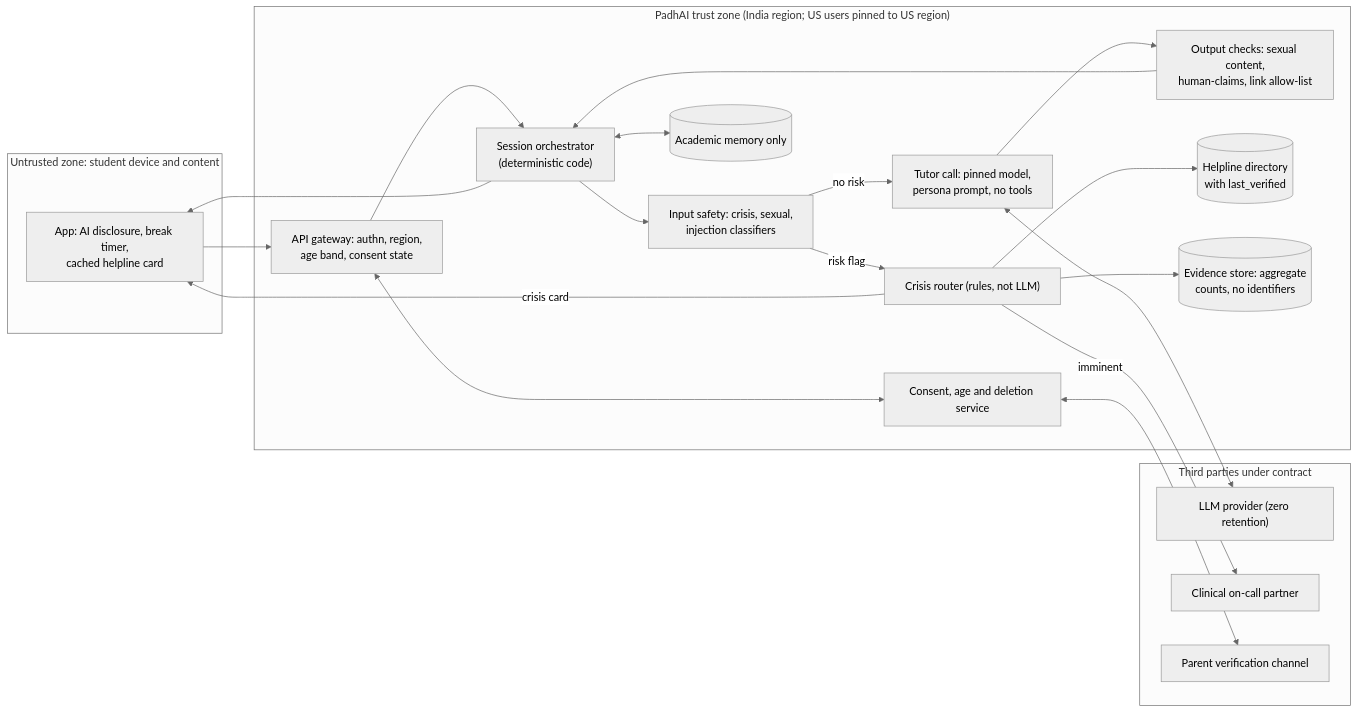
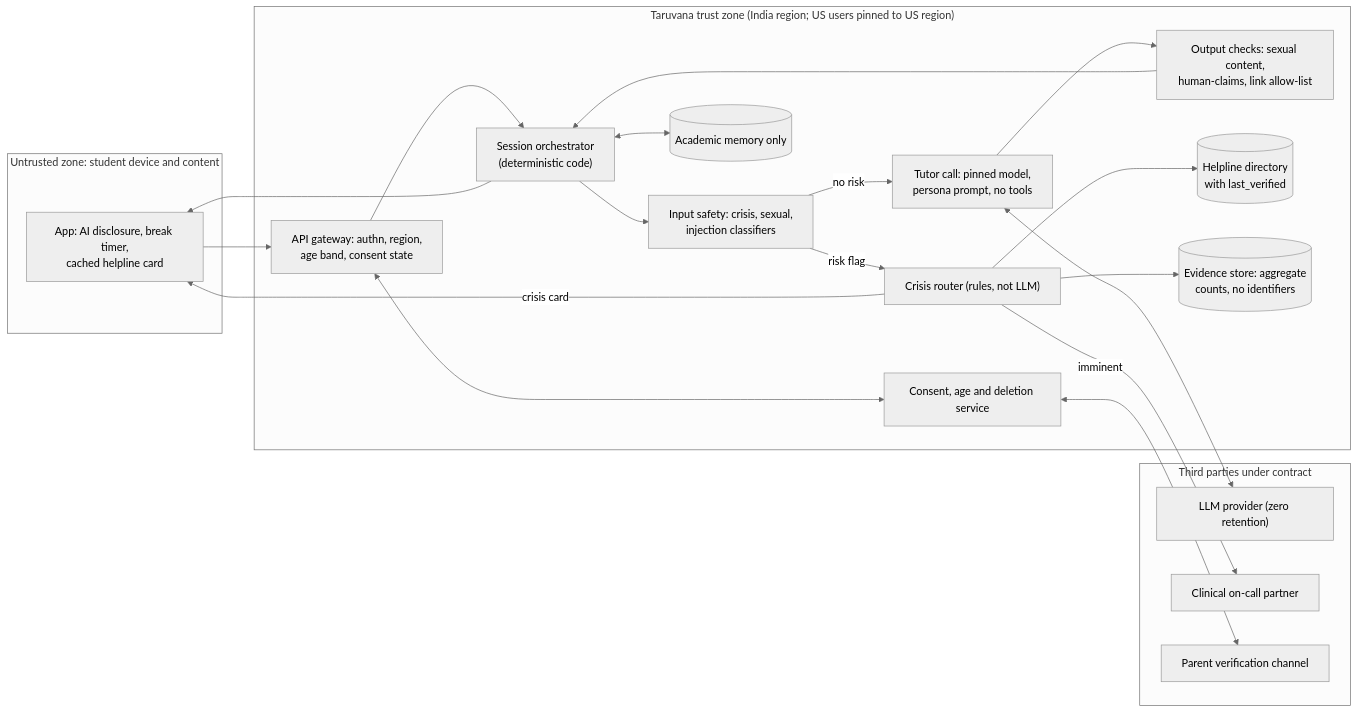
One commit to nagarjunak-pixel/02-autogpt-autonomous-agent changed the diagram in curriculum/projects/P11-teen-safe-study-companion-compliance.md. Above: the diagram before and after it, drawn with Mermaid (neutral theme). The commit also changed other lines of this file and 7 other files, not shown here.

````diff
--- a/curriculum/projects/P11-teen-safe-study-companion-compliance.md
+++ b/curriculum/projects/P11-teen-safe-study-companion-compliance.md
@@ -119,32 +119,32 @@
 ```mermaid
 flowchart LR
   subgraph U["Untrusted zone: student device and content"]
     APP["App: AI disclosure, break timer,<br/>cached helpline card"]
   end
-  subgraph CORE["PadhAI trust zone (India region; US users pinned to US region)"]
+  subgraph CORE["Taruvana trust zone (India region; US users pinned to US region)"]
     GW["API gateway: authn, region,<br/>age band, consent state"]
     ORCH["Session orchestrator<br/>(deterministic code)"]
     INS["Input safety: crisis, sexual,<br/>injection classifiers"]
     TUT["Tutor call: pinned model,<br/>persona prompt, no tools"]
     OUTS["Output checks: sexual content,<br/>human-claims, link allow-list"]
     MEM[("Academic memory only")]
     CR["Crisis router (rules, not LLM)"]
     DIR[("Helpline directory<br/>with last_verified")]
     CONS["Consent, age and deletion service"]
     EVID[("Evidence store: aggregate<br/>counts, no identifiers")]
   end
   subgraph EXT["Third parties under contract"]
     LLM["LLM provider (zero retention)"]
     ONC["Clinical on-call partner"]
     PAR["Parent verification channel"]
   end
   APP --> GW --> ORCH --> INS
   INS -->|no risk| TUT --> OUTS --> ORCH --> APP
   INS -->|risk flag| CR --> DIR
   CR -->|crisis card| APP
   CR -->|imminent| ONC
   CR --> EVID
   TUT <--> LLM
   ORCH <--> MEM
   GW <--> CONS <--> PAR
 ```
````
